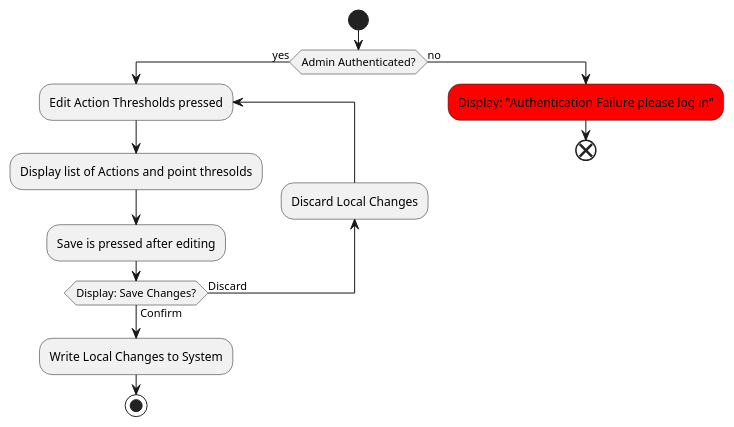
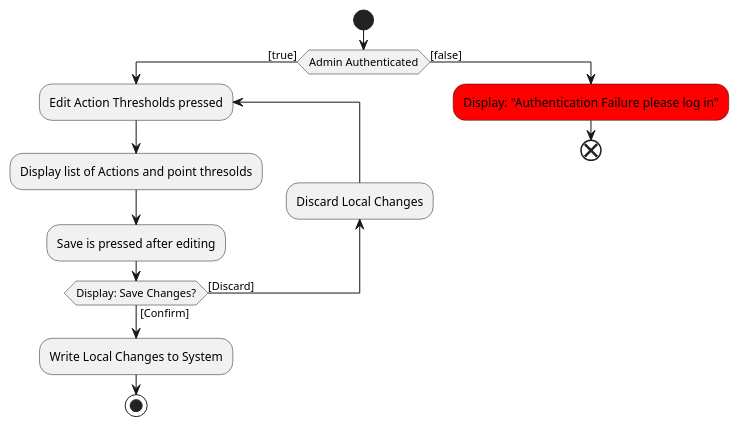
Before and after one commit to bmb0136/COMP-3700-Project: the diagram in Activities/ConfigureActionThresholds.iuml, drawn with PlantUML. The commit also changed 3 other files, not shown here.

Commit message:
Activity Diagrams

```diff
--- a/Activities/ConfigureActionThresholds.iuml
+++ b/Activities/ConfigureActionThresholds.iuml
@@ -1,15 +1,15 @@
-@startuml Activity Template
+@startuml ConfigureActionThresholds
 start
-if(Admin Authenticated?) then (yes)
+if(Admin Authenticated) then ([true])
 repeat :Edit Action Thresholds pressed;
 :Display list of Actions and point thresolds;
 :Save is pressed after editing;
 backward :Discard Local Changes;
-repeat while (Display: Save Changes?) is (Discard) not (Confirm)
+repeat while (Display: Save Changes?) is ([Discard]) not ([Confirm])
 :Write Local Changes to System;
 stop
-else (no)
+else ([false])
 #red:Display: "Authentication Failure please log in";
 end
 endif
 @enduml
```
